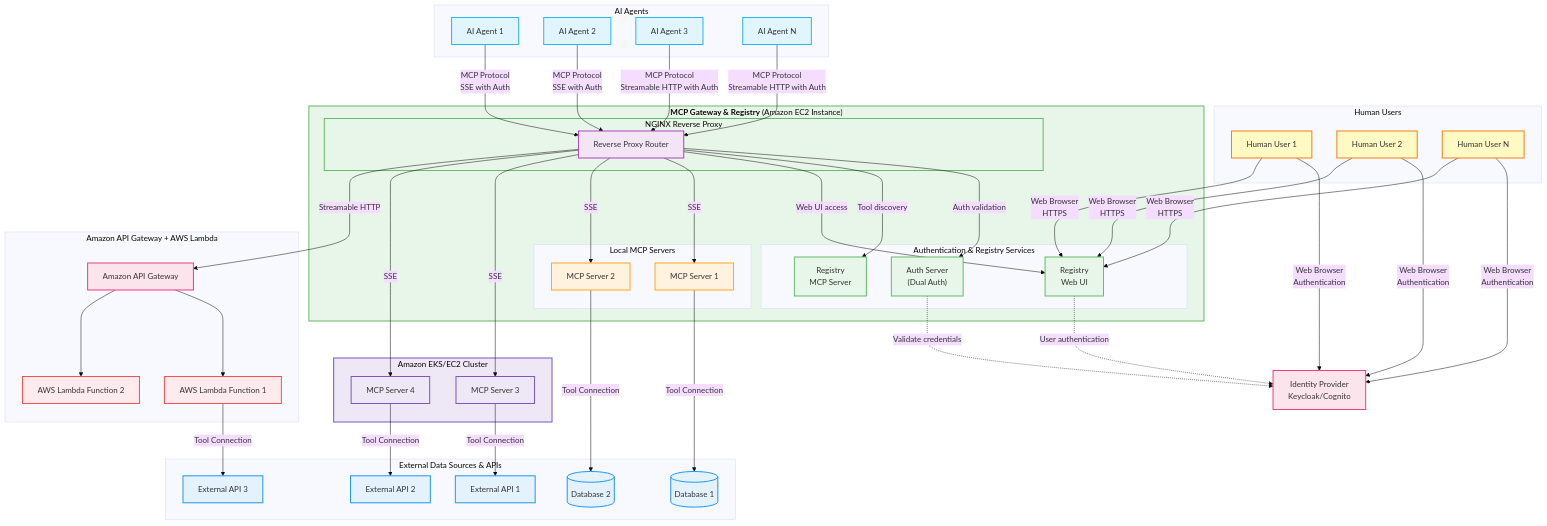
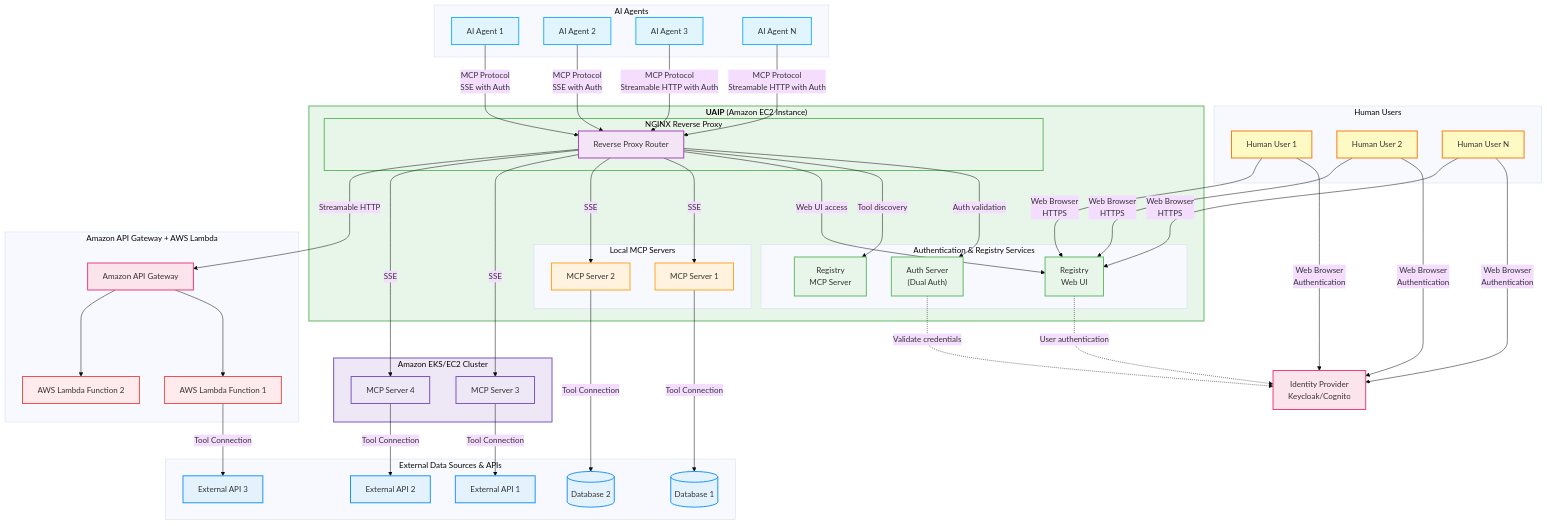
One commit to joshphillipssr/joshsr-ai-unified-agentic-integration-platform changed the diagram in README.md. Above: the diagram before and after it, drawn with Mermaid (base theme). The commit also changed other lines of this file and 2 other files, not shown here.

Commit message:
docs: rebrand platform as UAIP

```diff
--- a/README.md
+++ b/README.md
@@ -292,7 +294,7 @@
         AgentN["AI Agent N"]
     end
 
-    subgraph EC2_Gateway["<b>MCP Gateway & Registry</b> (Amazon EC2 Instance)"]
+    subgraph EC2_Gateway["<b>UAIP</b> (Amazon EC2 Instance)"]
         subgraph NGINX["NGINX Reverse Proxy"]
             RP["Reverse Proxy Router"]
         end
```
